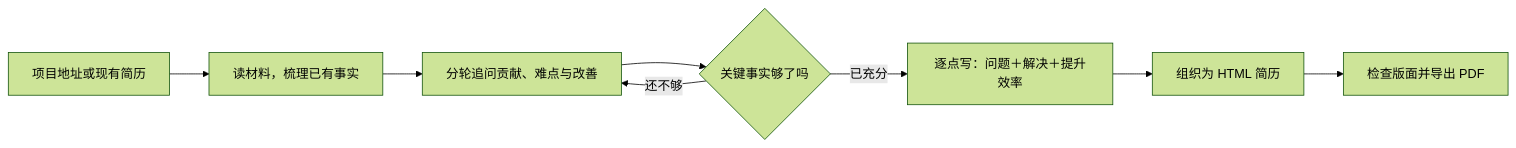
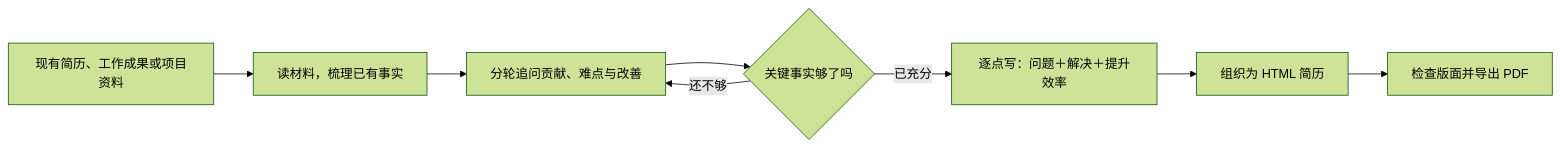
The diagram in docs/workflow.mmd (kayaduster607-jpg/technical-resume-html), drawn with Mermaid (forest theme) before and after one commit. The commit also changed 24 other files, not shown here.

```diff
--- a/docs/workflow.mmd
+++ b/docs/workflow.mmd
@@ -1,9 +1,9 @@
 %% Semantic source for the README infographic; retain the evidence-readiness loop.
 flowchart LR
-  A[项目地址或现有简历] --> B[读材料，梳理已有事实]
+  A[现有简历、工作成果或项目资料] --> B[读材料，梳理已有事实]
   B --> C[分轮追问贡献、难点与改善]
   C --> D{关键事实够了吗}
   D -- 还不够 --> C
   D -- 已充分 --> E[逐点写：问题＋解决＋提升效率]
   E --> F[组织为 HTML 简历]
   F --> G[检查版面并导出 PDF]
```
